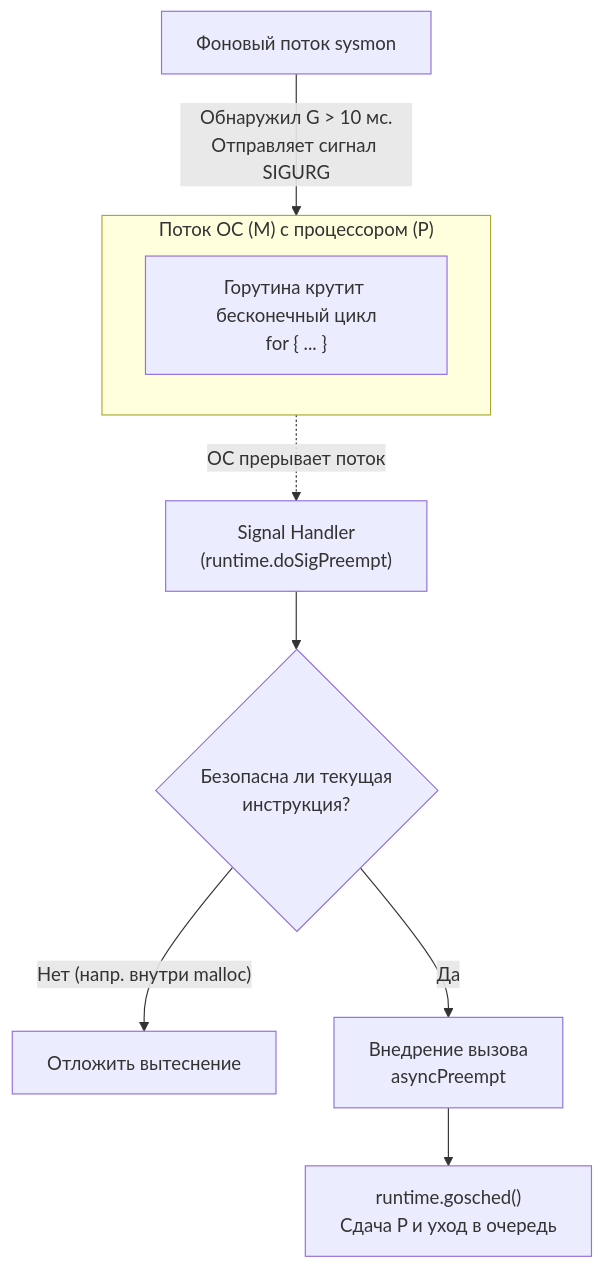
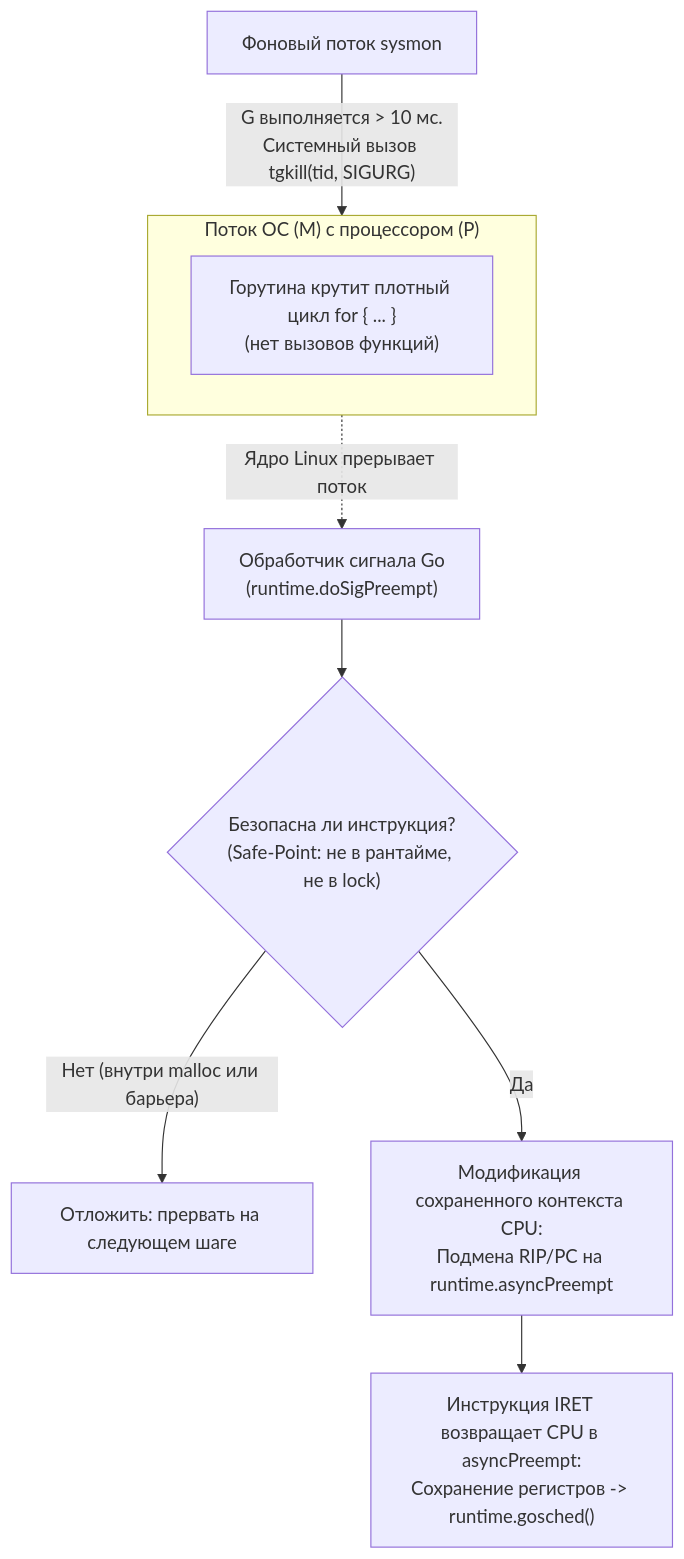
One commit to UnrealTemplier/go-textbook changed the second of 2 diagrams in sources/7. Глубокий Go (Внутреннее устройство)/43. Preemption. Как Go останавливает горутины.md. Above: the diagram before and after it, drawn with Mermaid. The commit also changed other lines of this file, not shown here.

````diff
--- a/sources/7. Глубокий Go (Внутреннее устройство)/43. Preemption. Как Go останавливает горутины.md
+++ b/sources/7. Глубокий Go (Внутреннее устройство)/43. Preemption. Как Go останавливает горутины.md
@@ -54,16 +78,16 @@
 ```mermaid
 flowchart TD
     subgraph M ["Поток ОС (M) с процессором (P)"]
-        G["Горутина крутит бесконечный цикл<br>for { ... }"]
+        G["Горутина крутит плотный цикл for { ... }<br>(нет вызовов функций)"]
     end
     
-    SYSMON["Фоновый поток sysmon"] -->|"Обнаружил G > 10 мс.<br>Отправляет сигнал SIGURG"| M
+    SYSMON["Фоновый поток sysmon"] -->|"G выполняется > 10 мс.<br>Системный вызов tgkill(tid, SIGURG)"| M
     
-    M -.->|"ОС прерывает поток"| HANDLER["Signal Handler<br>(runtime.doSigPreempt)"]
+    M -.->|"Ядро Linux прерывает поток"| HANDLER["Обработчик сигнала Go<br>(runtime.doSigPreempt)"]
     
-    HANDLER --> CHECK{"Безопасна ли текущая<br>инструкция?"}
-    CHECK -->|"Нет (напр. внутри malloc)"| SKIP["Отложить вытеснение"]
-    CHECK -->|"Да"| HIJACK["Внедрение вызова<br>asyncPreempt"]
+    HANDLER --> CHECK{"Безопасна ли инструкция?<br>(Safe-Point: не в рантайме, не в lock)"}
+    CHECK -->|"Нет (внутри malloc или барьера)"| SKIP["Отложить: прервать на следующем шаге"]
+    CHECK -->|"Да"| HIJACK["Модификация сохраненного контекста CPU:<br>Подмена RIP/PC на runtime.asyncPreempt"]
     
-    HIJACK --> G_SCHED["runtime.gosched()<br>Сдача P и уход в очередь"]
+    HIJACK --> G_SCHED["Инструкция IRET возвращает CPU в asyncPreempt:<br>Сохранение регистров -> runtime.gosched()"]
 ```
````
